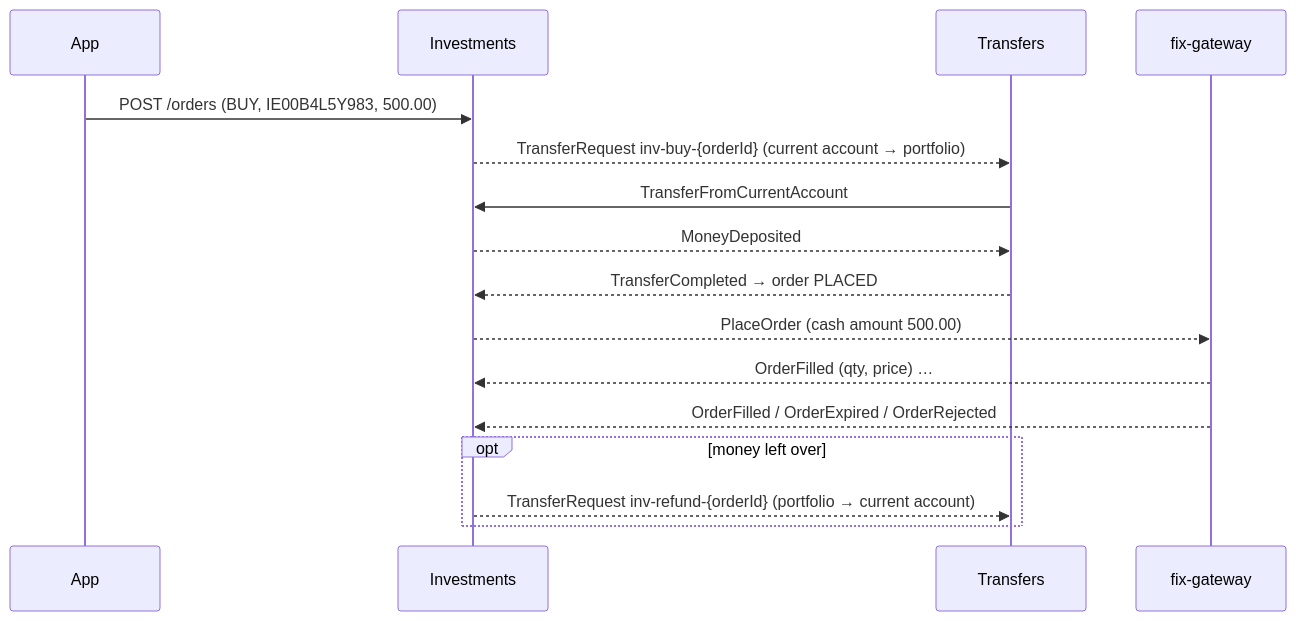
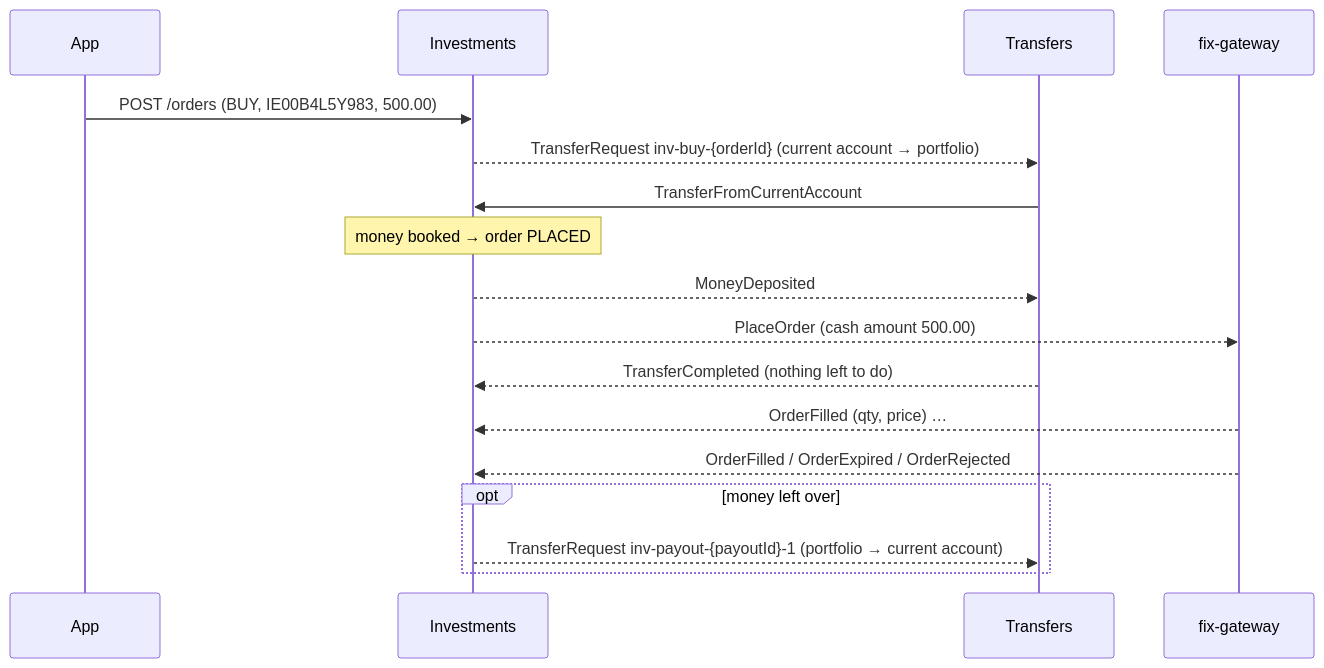
The diagram in docs/adr/0026-investment-service.md (Acidream/inv_sample), drawn with Mermaid before and after one commit. The commit also changed other lines of this file and 72 other files, not shown here.

````diff
--- a/docs/adr/0026-investment-service.md
+++ b/docs/adr/0026-investment-service.md
@@ -40,18 +40,19 @@
 ```mermaid
 sequenceDiagram
     participant App
     participant I as Investments
     participant T as Transfers
     participant G as fix-gateway
     App->>I: POST /orders (BUY, IE00B4L5Y983, 500.00)
     I-->>T: TransferRequest inv-buy-{orderId} (current account → portfolio)
     T->>I: TransferFromCurrentAccount
+    Note over I: money booked → order PLACED
     I-->>T: MoneyDeposited
-    T-->>I: TransferCompleted → order PLACED
     I-->>G: PlaceOrder (cash amount 500.00)
+    T-->>I: TransferCompleted (nothing left to do)
     G-->>I: OrderFilled (qty, price) …
     G-->>I: OrderFilled / OrderExpired / OrderRejected
     opt money left over
-        I-->>T: TransferRequest inv-refund-{orderId} (portfolio → current account)
+        I-->>T: TransferRequest inv-payout-{payoutId}-1 (portfolio → current account)
     end
 ```
````
